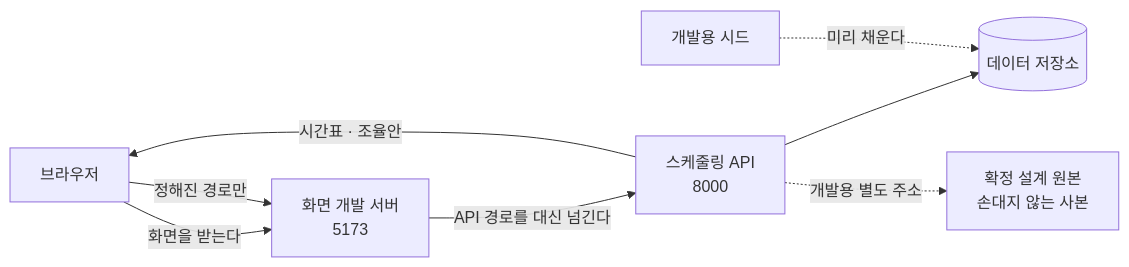
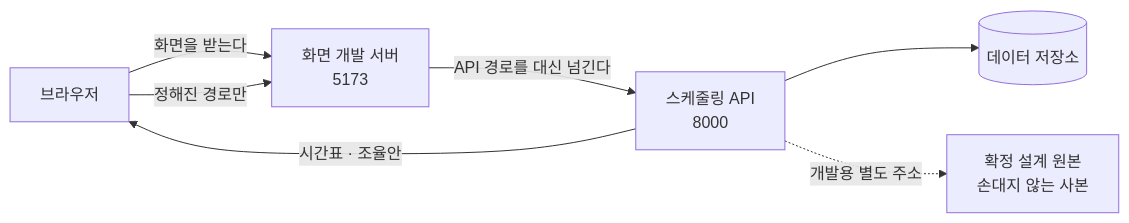
The diagram in .cluedoc/screens/README.md (minkong-dev/Banblit), drawn with Mermaid before and after one commit. The commit also changed other lines of this file and 8 other files, not shown here.

````diff
--- a/.cluedoc/screens/README.md
+++ b/.cluedoc/screens/README.md
@@ -26,10 +26,9 @@
 ```mermaid
 flowchart LR
     B[브라우저] -->|화면을 받는다| W[화면 개발 서버<br/>5173]
     B -->|정해진 경로만| W
     W -->|API 경로를 대신 넘긴다| A[스케줄링 API<br/>8000]
     A --> D[(데이터 저장소)]
-    S[개발용 시드] -.미리 채운다.-> D
     A -->|시간표 · 조율안| B
     A -.개발용 별도 주소.-> P[확정 설계 원본<br/>손대지 않는 사본]
 ```
````
